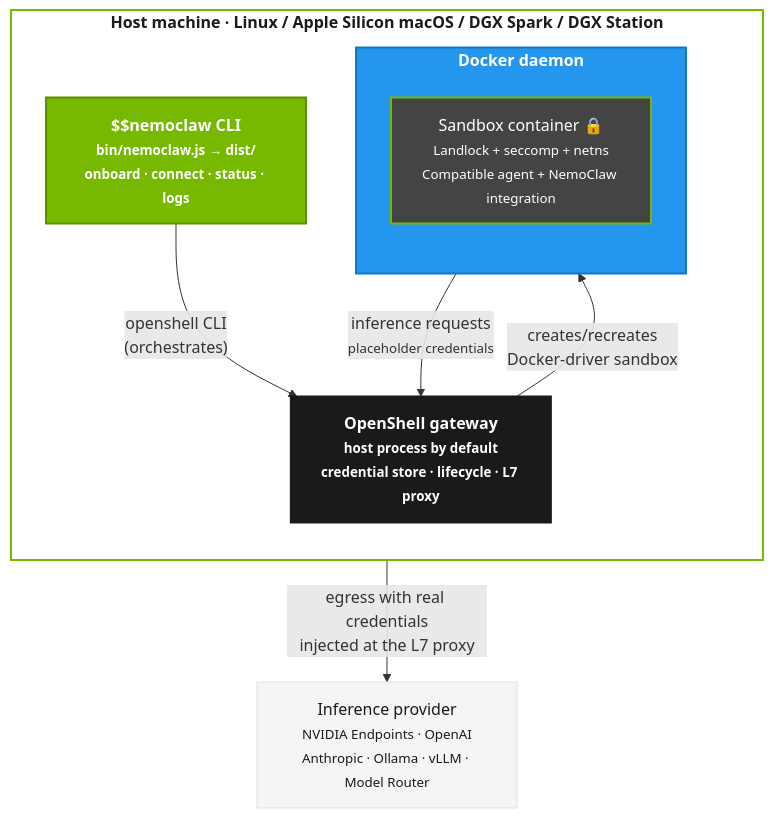
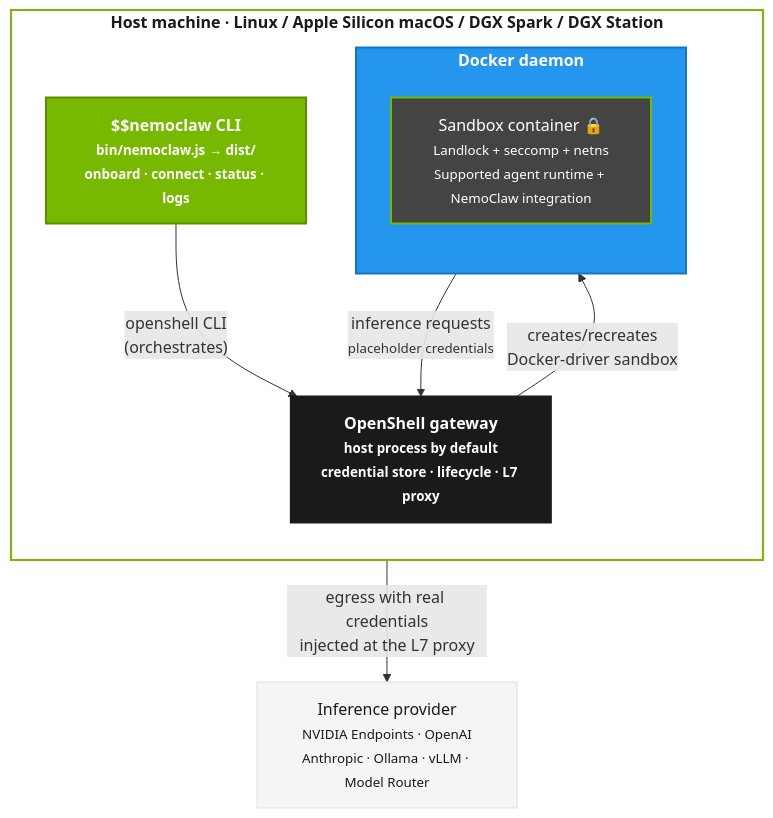
One commit to NVIDIA/NemoClaw changed the second of 3 diagrams in docs/reference/architecture.mdx. Above: the diagram before and after it, drawn with Mermaid. The commit also changed other lines of this file and 1 other file, not shown here.

````diff
--- a/docs/reference/architecture.mdx
+++ b/docs/reference/architecture.mdx
@@ -145,32 +145,32 @@
 ```mermaid
 graph TB
     classDef host fill:#fff,stroke:#76b900,stroke-width:2px,color:#1a1a1a,font-weight:bold
     classDef cli fill:#76b900,stroke:#5a8f00,color:#fff,stroke-width:2px,font-weight:bold
     classDef docker fill:#2496ed,stroke:#1577c2,color:#fff,stroke-width:2px,font-weight:bold
     classDef gateway fill:#1a1a1a,stroke:#1a1a1a,color:#fff,stroke-width:2px,font-weight:bold
     classDef sandbox fill:#444,stroke:#76b900,color:#fff,stroke-width:2px
     classDef external fill:#f5f5f5,stroke:#e0e0e0,color:#1a1a1a,stroke-width:1px
 
     subgraph HOST["Host machine · Linux / Apple Silicon macOS / DGX Spark / DGX Station"]
         direction TB
         CLI["$$nemoclaw CLI<br/><small>bin/nemoclaw.js → dist/<br/>onboard · connect · status · logs</small>"]:::cli
         GW["OpenShell gateway<br/><small>host process by default<br/>credential store · lifecycle · L7 proxy</small>"]:::gateway
 
         subgraph DOCKER["Docker daemon"]
             direction TB
-            SANDBOX["Sandbox container 🔒<br/><small>Landlock + seccomp + netns<br/>Compatible agent + NemoClaw integration</small>"]:::sandbox
+            SANDBOX["Sandbox container 🔒<br/><small>Landlock + seccomp + netns<br/>Supported agent runtime + NemoClaw integration</small>"]:::sandbox
         end
     end
 
     INFER["Inference provider<br/><small>NVIDIA Endpoints · OpenAI<br/>Anthropic · Ollama · vLLM · Model Router</small>"]:::external
 
     CLI -->|"openshell CLI<br/>(orchestrates)"| GW
     GW -->|"creates/recreates<br/>Docker-driver sandbox"| SANDBOX
     SANDBOX -->|"inference requests<br/><small>placeholder credentials</small>"| GW
     GW -->|"egress with real credentials<br/>injected at the L7 proxy"| INFER
 
     class HOST host
     class DOCKER docker
     class GW gateway
     class SANDBOX sandbox
 ```
````
